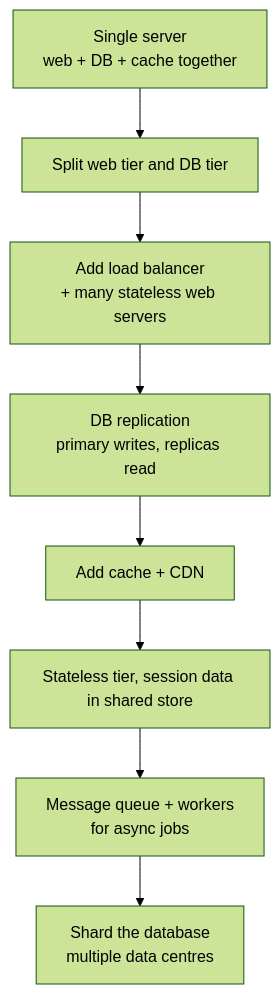
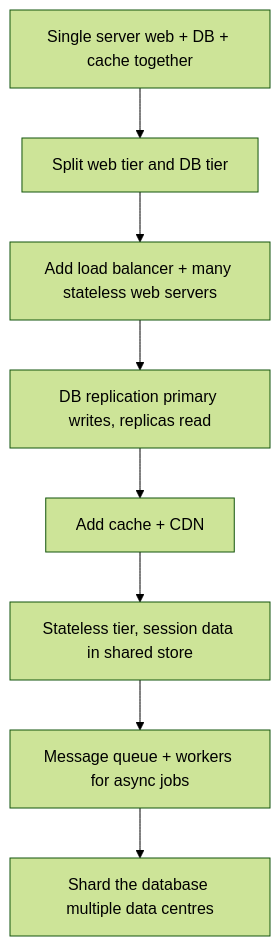
The second of 2 diagrams in Collection/03. Programming/14. System Design/1. Fundamentals.md (sharifndlovu123/knowledge_base_map), drawn with Mermaid (forest theme) before and after one commit. The commit also changed 9 other files, not shown here.

First line of the commit message:
Add diagram viewer; fix line breaks in new diagrams

````diff
--- a/Collection/03. Programming/14. System Design/1. Fundamentals.md
+++ b/Collection/03. Programming/14. System Design/1. Fundamentals.md
@@ -26,10 +26,10 @@
 ```mermaid
 flowchart TD
-    S1["Single server<br/>web + DB + cache together"] --> S2["Split web tier and DB tier"]
-    S2 --> S3["Add load balancer<br/>+ many stateless web servers"]
-    S3 --> S4["DB replication<br/>primary writes, replicas read"]
+    S1["Single server web + DB + cache together"] --> S2["Split web tier and DB tier"]
+    S2 --> S3["Add load balancer + many stateless web servers"]
+    S3 --> S4["DB replication primary writes, replicas read"]
     S4 --> S5["Add cache + CDN"]
     S5 --> S6["Stateless tier, session data in shared store"]
-    S6 --> S7["Message queue + workers<br/>for async jobs"]
-    S7 --> S8["Shard the database<br/>multiple data centres"]
+    S6 --> S7["Message queue + workers for async jobs"]
+    S7 --> S8["Shard the database multiple data centres"]
 ```
````
